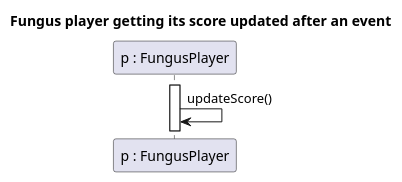
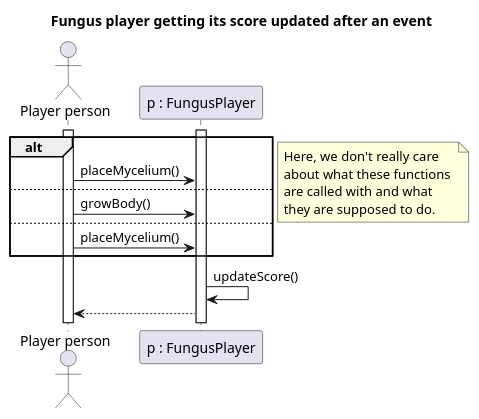
Before and after one commit to Harcipan/Projlab_nullpointerexception: the diagram in diagrams/diagramFiles/SQ_FungusPlayerScore.puml, drawn with PlantUML. The commit also changed 10 other files, not shown here.

```diff
--- a/diagrams/diagramFiles/SQ_FungusPlayerScore.puml
+++ b/diagrams/diagramFiles/SQ_FungusPlayerScore.puml
@@ -1,12 +1,30 @@
 @startuml Fungus player score
 
 title Fungus player getting its score updated after an event
 
+actor "Player person" as Ac
 participant "p : FungusPlayer" as P
 
+activate Ac
 activate P
+
+alt
+    Ac -> P : placeMycelium()
+else 
+    Ac -> P : growBody()
+else
+    Ac -> P : placeMycelium()
+end 
+note right 
+Here, we don't really care 
+about what these functions 
+are called with and what 
+they are supposed to do.
+end note
 
 P -> P : updateScore()
 
+P --> Ac
+
 
 @enduml
```
